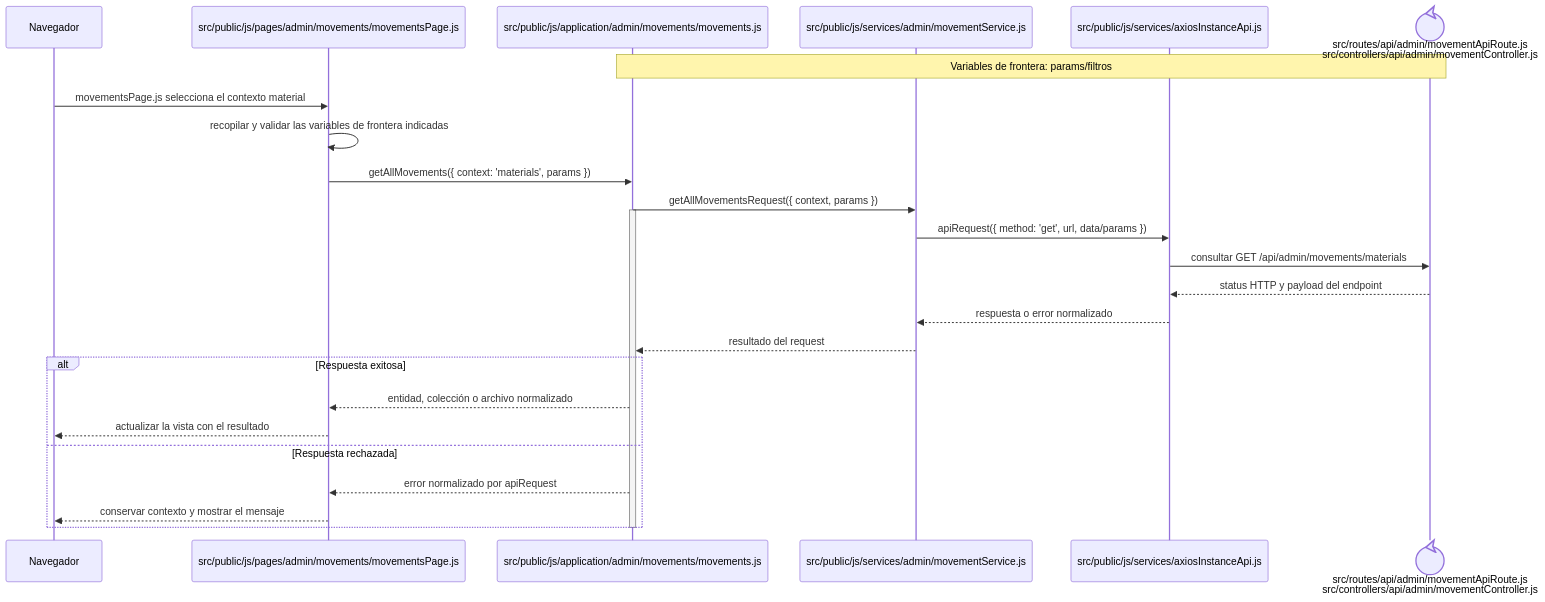
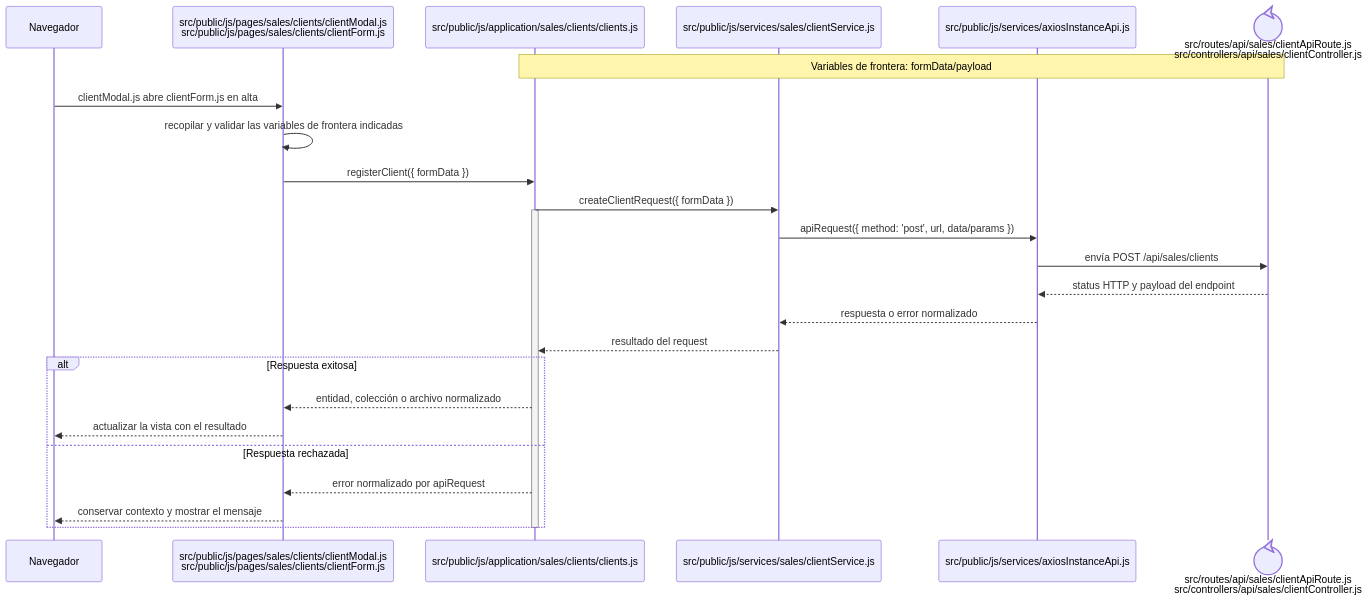
The diagram in docs/architecture/frontend-code-sequences/catalogs/cu-cat-07.md (gpgsistemas01/nexus), drawn with Mermaid before and after one commit. The commit also changed other lines of this file and 287 other files, not shown here.

````diff
--- a/docs/architecture/frontend-code-sequences/catalogs/cu-cat-07.md
+++ b/docs/architecture/frontend-code-sequences/catalogs/cu-cat-07.md
@@ -6,29 +6,29 @@
 ```mermaid
 sequenceDiagram
     participant Browser as Navegador
-    participant View as src/public/js/pages/admin/movements/movementsPage.js
-    participant Application as src/public/js/application/admin/movements/movements.js
-    participant Request as src/public/js/services/admin/movementService.js
+    participant View as src/public/js/pages/sales/clients/clientModal.js<br/>src/public/js/pages/sales/clients/clientForm.js
+    participant Application as src/public/js/application/sales/clients/clients.js
+    participant Request as src/public/js/services/sales/clientService.js
     participant HTTP as src/public/js/services/axiosInstanceApi.js
-    participant Transport@{ "type": "control" } as src/routes/api/admin/movementApiRoute.js<br/>src/controllers/api/admin/movementController.js
-    Note over Application,Transport: Variables de frontera: params/filtros
+    participant Transport@{ "type": "control" } as src/routes/api/sales/clientApiRoute.js<br/>src/controllers/api/sales/clientController.js
+    Note over Application,Transport: Variables de frontera: formData/payload
 
-    Browser->>View: movementsPage.js selecciona el contexto material
+    Browser->>View: clientModal.js abre clientForm.js en alta
     View->>View: recopilar y validar las variables de frontera indicadas
-    View->>Application: getAllMovements({ context: 'materials', params })
-    Application->>Request: getAllMovementsRequest({ context, params })
+    View->>Application: registerClient({ formData })
+    Application->>Request: createClientRequest({ formData })
     activate Application
-    Request->>HTTP: apiRequest({ method: 'get', url, data/params })
-    HTTP->>Transport: consultar GET /api/admin/movements/materials
+    Request->>HTTP: apiRequest({ method: 'post', url, data/params })
+    HTTP->>Transport: envía POST /api/sales/clients
     Transport-->>HTTP: status HTTP y payload del endpoint
     HTTP-->>Request: respuesta o error normalizado
     Request-->>Application: resultado del request
     alt Respuesta exitosa
         Application-->>View: entidad, colección o archivo normalizado
         View-->>Browser: actualizar la vista con el resultado
     else Respuesta rechazada
         Application-->>View: error normalizado por apiRequest
         View-->>Browser: conservar contexto y mostrar el mensaje
     end
     deactivate Application
 ```
````
